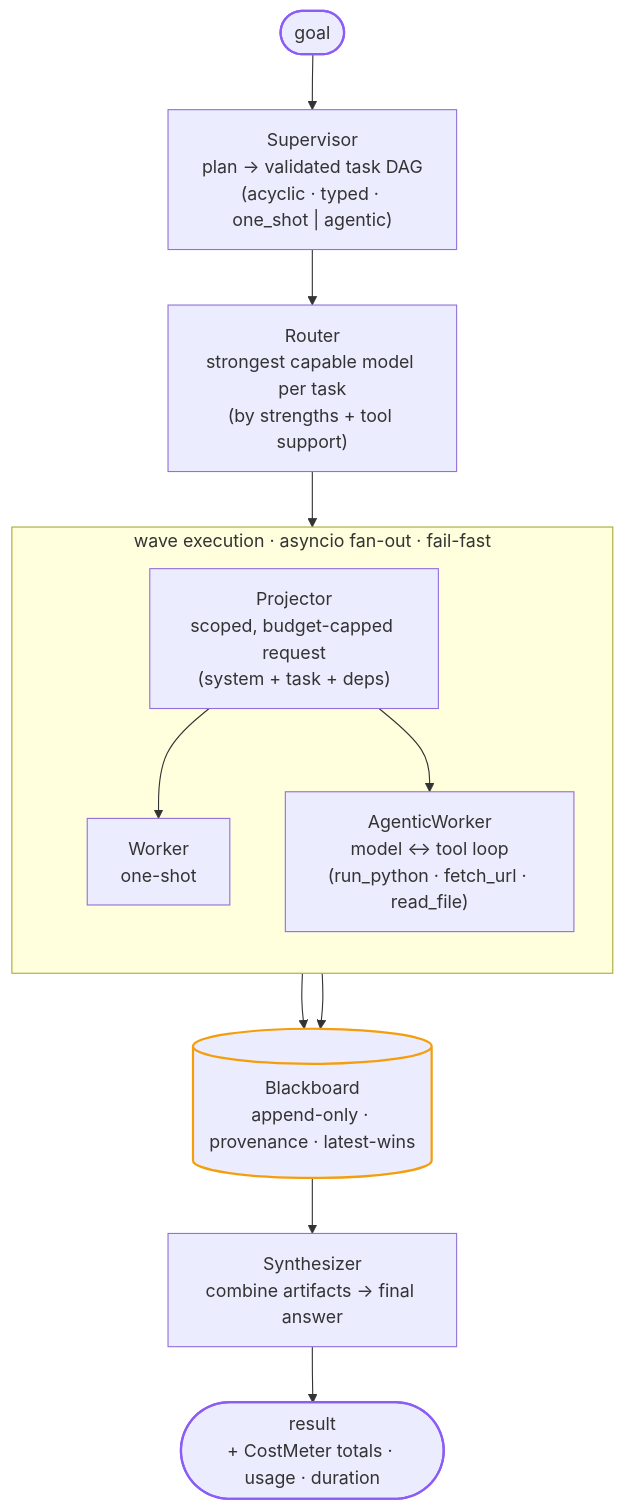
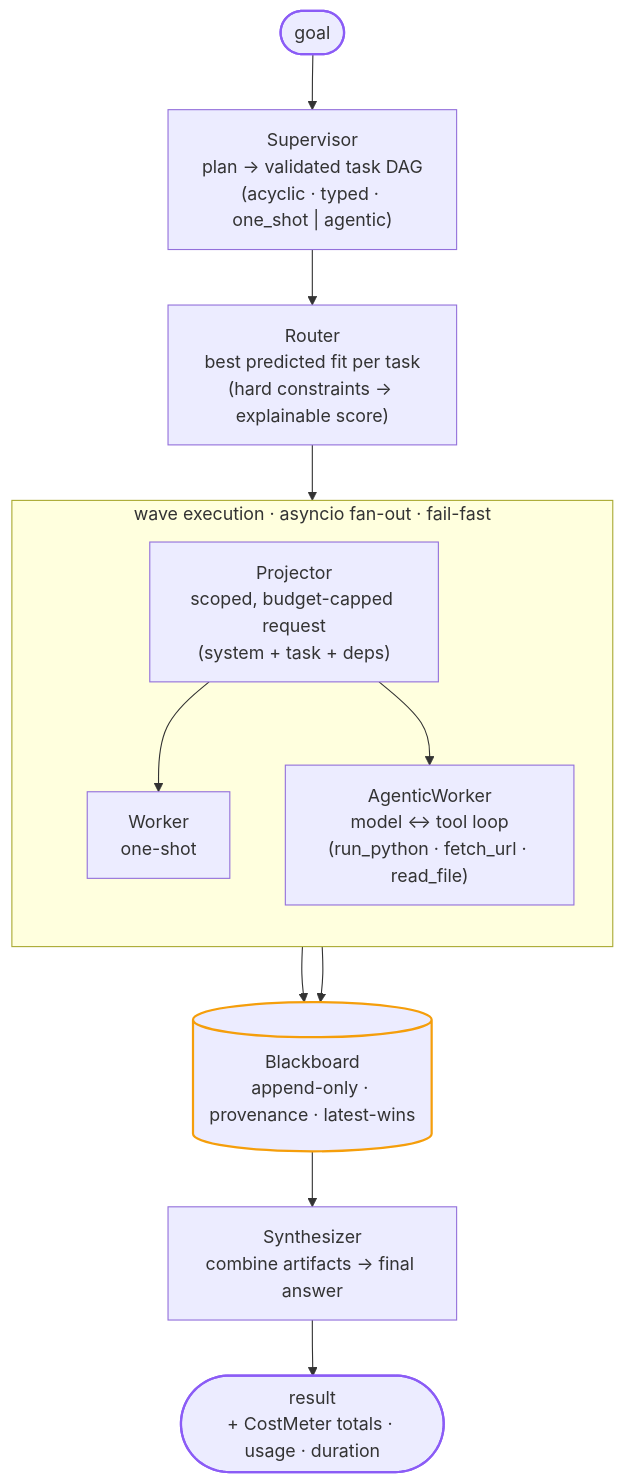
Before and after one commit to ribato22/volante: the diagram in README.md, drawn with Mermaid. The commit also changed other lines of this file and 181 other files, not shown here.

````diff
--- a/README.md
+++ b/README.md
@@ -44,21 +57,21 @@
 ```mermaid
 flowchart TD
     goal(["goal"]) --> S["Supervisor<br/>plan → validated task DAG<br/>(acyclic · typed · one_shot | agentic)"]
-    S --> R["Router<br/>strongest capable model per task<br/>(by strengths + tool support)"]
+    S --> R["Router<br/>best predicted fit per task<br/>(hard constraints → explainable score)"]
     R --> P
     subgraph wave["wave execution · asyncio fan-out · fail-fast"]
         direction TB
         P["Projector<br/>scoped, budget-capped request<br/>(system + task + deps)"]
         P --> W["Worker<br/>one-shot"]
         P --> AW["AgenticWorker<br/>model ↔ tool loop<br/>(run_python · fetch_url · read_file)"]
     end
     W --> BB[("Blackboard<br/>append-only · provenance · latest-wins")]
     AW --> BB
     BB --> SY["Synthesizer<br/>combine artifacts → final answer"]
     SY --> result(["result<br/>+ CostMeter totals · usage · duration"])
 
     classDef io stroke:#8b5cf6,stroke-width:2px;
     classDef store stroke:#f59e0b,stroke-width:2px;
     class goal,result io;
     class BB store;
 ```
````
